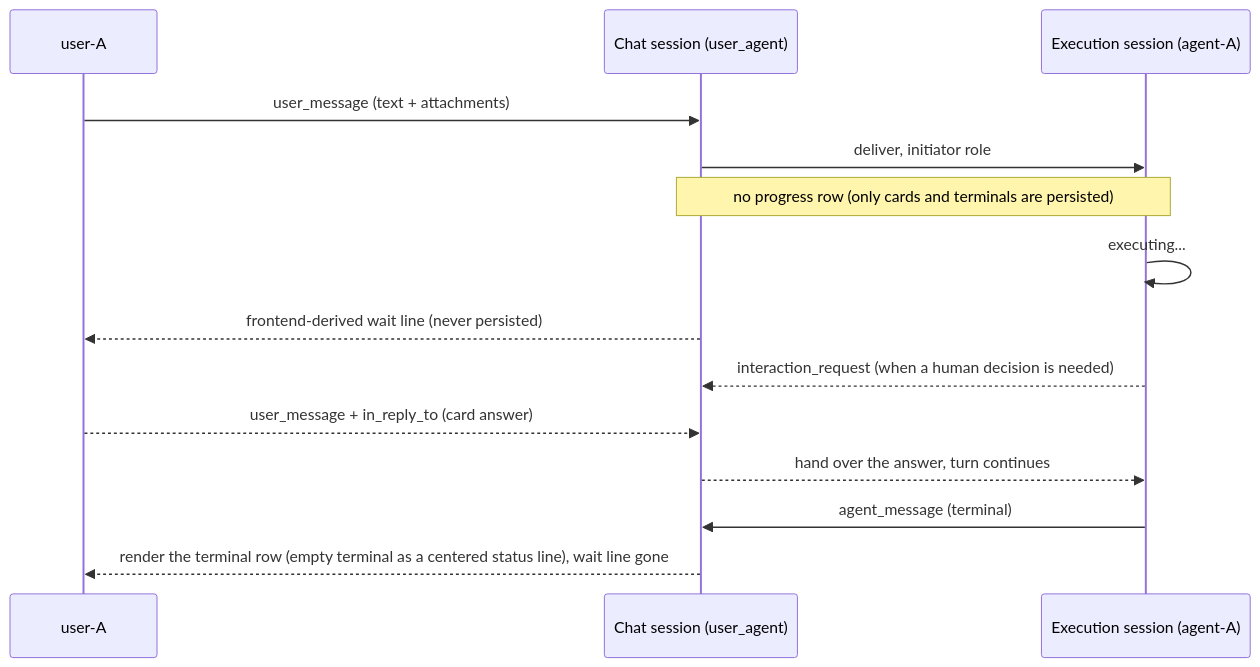
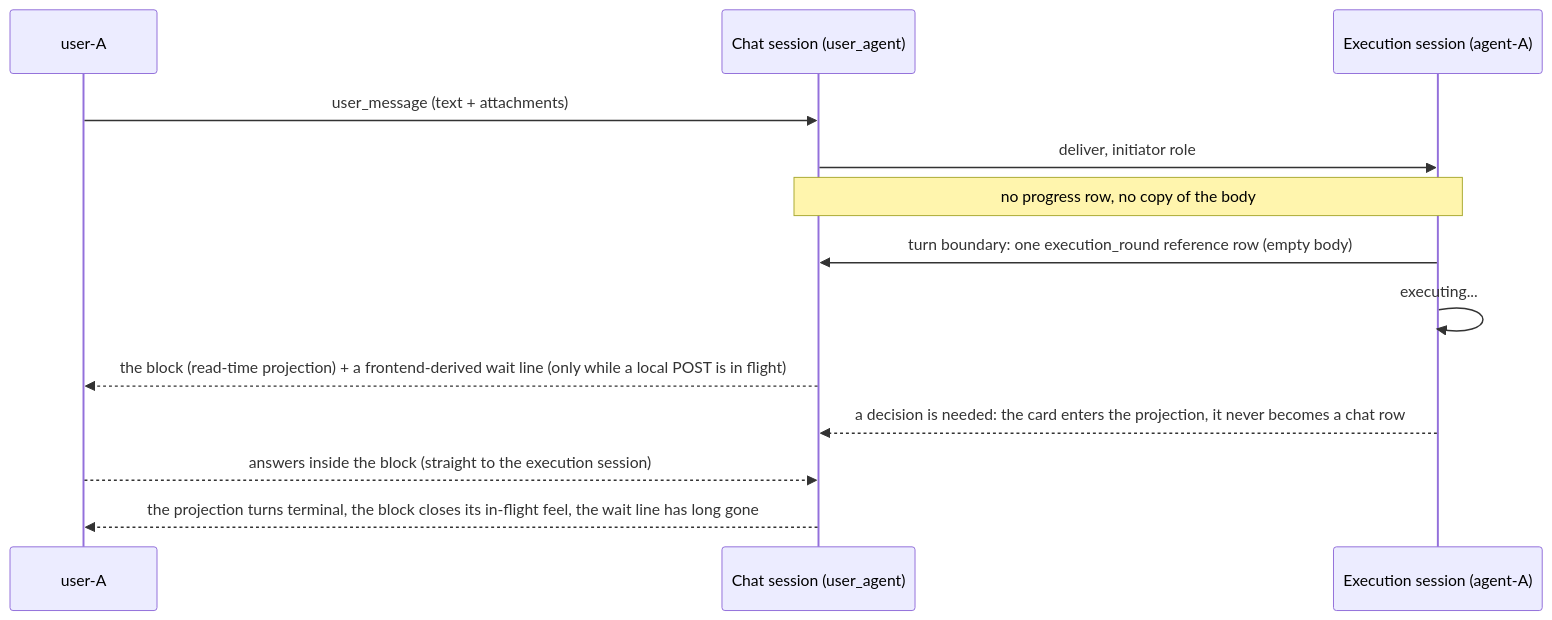
One commit to acowork/acowork changed the sixth of 10 diagrams in docs/design/en/27-intent-messaging-and-group-chat.md. Above: the diagram before and after it, drawn with Mermaid. The commit also changed other lines of this file and 3 other files, not shown here.

````diff
--- a/docs/design/en/27-intent-messaging-and-group-chat.md
+++ b/docs/design/en/27-intent-messaging-and-group-chat.md
@@ -532,16 +536,15 @@
 ```mermaid
 sequenceDiagram
     participant U as user-A
     participant CS as Chat session (user_agent)
     participant ES as Execution session (agent-A)
     U->>CS: user_message (text + attachments)
     CS->>ES: deliver, initiator role
-    Note over ES,CS: no progress row (only cards and terminals are persisted)
+    Note over ES,CS: no progress row, no copy of the body
+    ES->>CS: turn boundary: one execution_round reference row (empty body)
     ES->>ES: executing...
-    CS-->>U: frontend-derived wait line (never persisted)
-    ES-->>CS: interaction_request (when a human decision is needed)
-    U-->>CS: user_message + in_reply_to (card answer)
-    CS-->>ES: hand over the answer, turn continues
-    ES->>CS: agent_message (terminal)
-    CS-->>U: render the terminal row (empty terminal as a centered status line), wait line gone
+    CS-->>U: the block (read-time projection) + a frontend-derived wait line (only while a local POST is in flight)
+    ES-->>CS: a decision is needed: the card enters the projection, it never becomes a chat row
+    U-->>CS: answers inside the block (straight to the execution session)
+    CS-->>U: the projection turns terminal, the block closes its in-flight feel, the wait line has long gone
 ```
````
